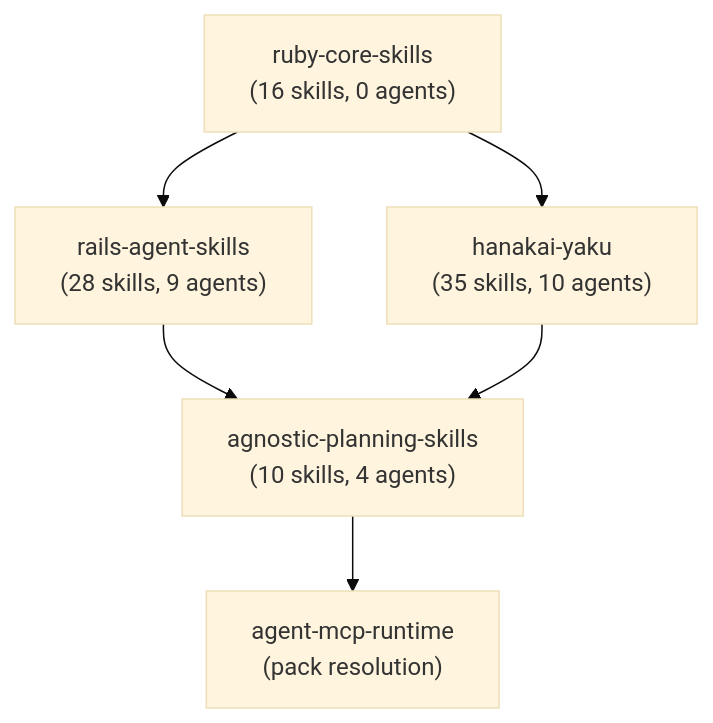
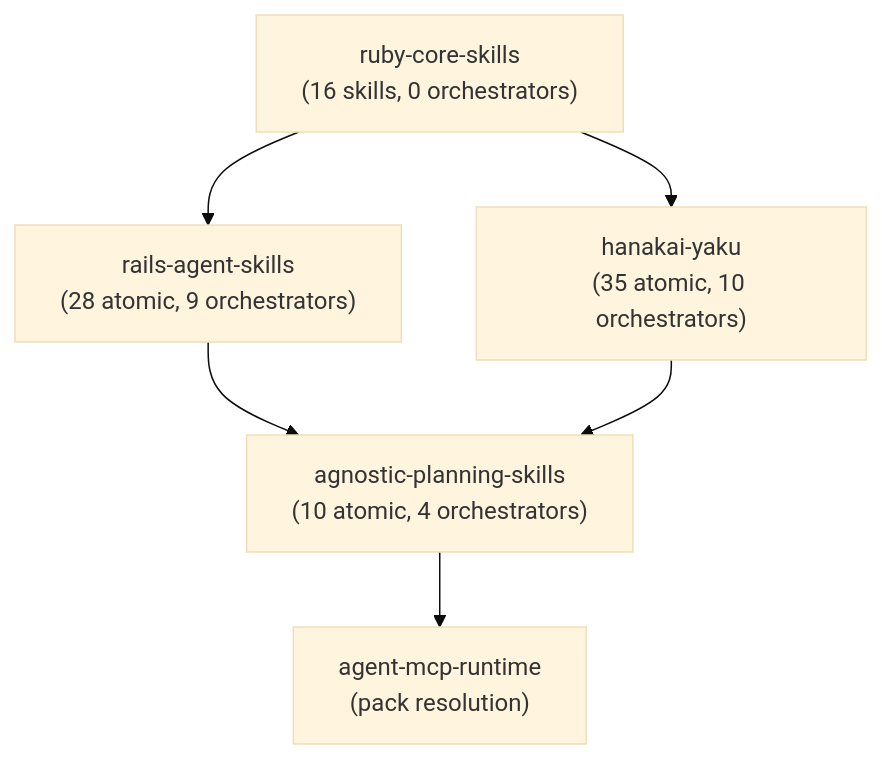
Before and after one commit to igmarin/ruby-core-skills: the diagram in docs/architecture/skill-classification.md, drawn with Mermaid (base theme). The commit also changed other lines of this file and 14 other files, not shown here.

````diff
--- a/docs/architecture/skill-classification.md
+++ b/docs/architecture/skill-classification.md
@@ -232,14 +163,14 @@
 ```mermaid
 flowchart TB
-    core["ruby-core-skills<br/>(16 skills, 0 agents)"]
-    rails["rails-agent-skills<br/>(28 skills, 9 agents)"]
-    hanakai["hanakai-yaku<br/>(35 skills, 10 agents)"]
-    agnostic["agnostic-planning-skills<br/>(10 skills, 4 agents)"]
+    core["ruby-core-skills<br/>(16 skills, 0 orchestrators)"]
+    rails["rails-agent-skills<br/>(28 atomic, 9 orchestrators)"]
+    hanakai["hanakai-yaku<br/>(35 atomic, 10 orchestrators)"]
+    agnostic["agnostic-planning-skills<br/>(10 atomic, 4 orchestrators)"]
     runtime["agent-mcp-runtime<br/>(pack resolution)"]
 
     core --> rails
     core --> hanakai
     rails --> agnostic
     hanakai --> agnostic
     agnostic --> runtime
 ```
````
